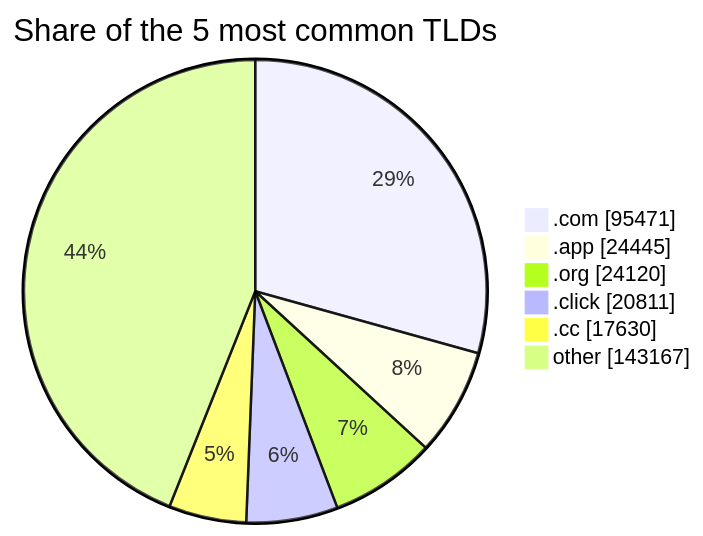
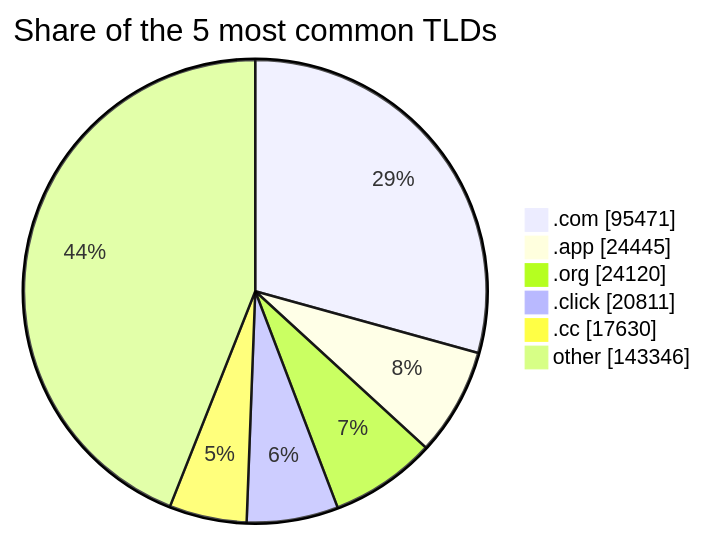
Before and after one commit to DNSBunker/CTI: the third of 3 diagrams in README.md, drawn with Mermaid. The commit also changed other lines of this file and 4 other files, not shown here.

````diff
--- a/README.md
+++ b/README.md
@@ -81,9 +81,9 @@
 ```mermaid
 pie showData title Share of the 5 most common TLDs
     ".com" : 95471
     ".app" : 24445
     ".org" : 24120
     ".click" : 20811
     ".cc" : 17630
-    "other" : 143167
+    "other" : 143346
 ```
````
